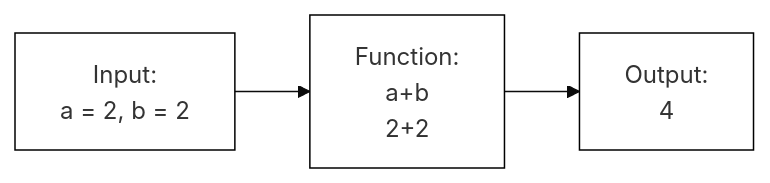
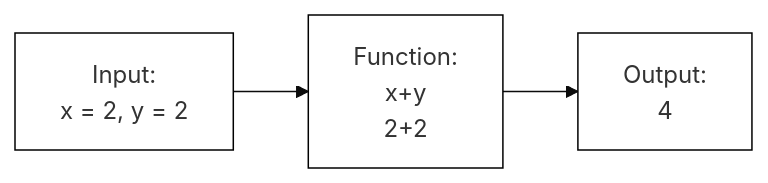
One commit to DamonCharlesRoberts/data-mgmt-book changed the first of 2 diagrams in chapter_2/index.qmd. Above: the diagram before and after it, drawn with Mermaid. The commit also changed other lines of this file and 4 other files, not shown here.

````diff
--- a/chapter_2/index.qmd
+++ b/chapter_2/index.qmd
@@ -33,9 +37,9 @@
 ```{mermaid}
 %%| label: fig-function-visual
 %%| fig-cap: Visualizing a function
 %%| fig-width: 6.5
 %%{init: {'theme':'base', 'themeVariables':{'primaryColor':'#ffffff', 'primaryBorderColor': '#000000'}}}%%
 graph LR;
-A["Input: <br/> a = 2, b = 2"] --> B["Function: <br/> a+b <br/> 2+2"]
+A["Input: <br/> x = 2, y = 2"] --> B["Function: <br/> x+y <br/> 2+2"]
 B --> C["Output: <br/> 4"]
 ```
````
